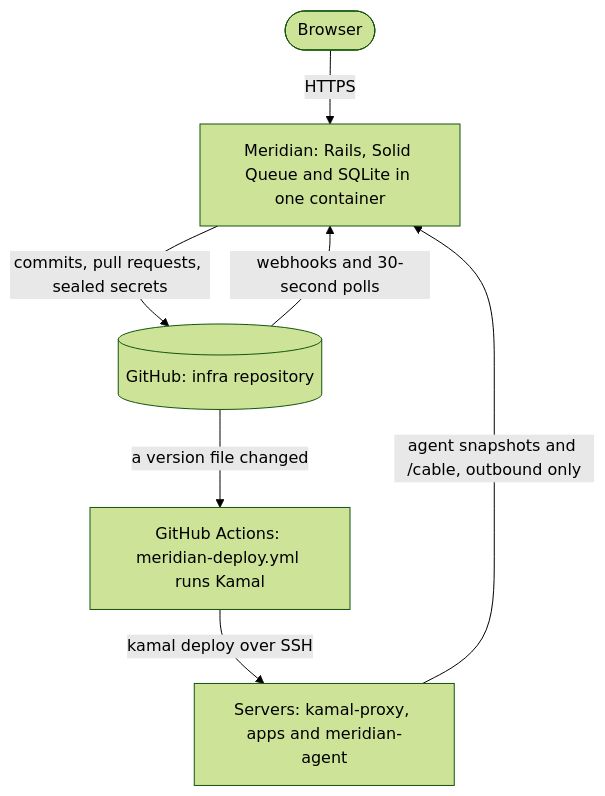
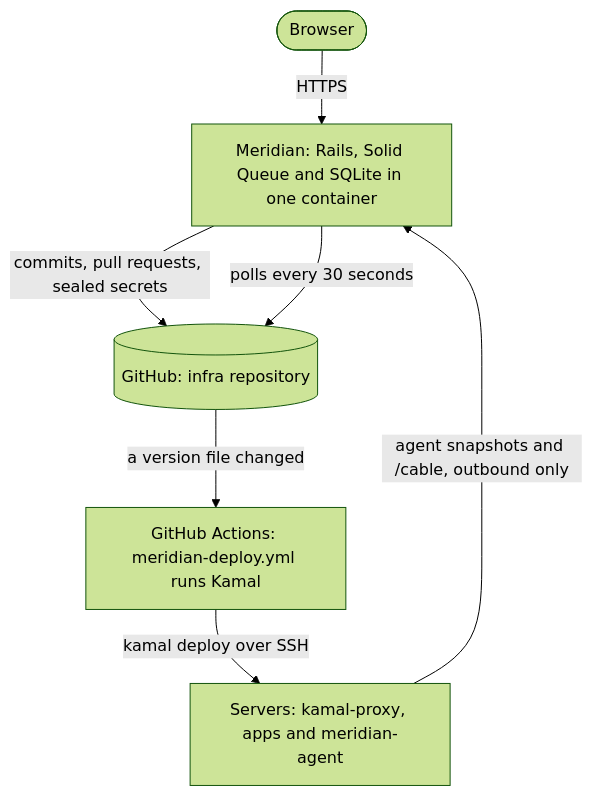
One commit to bigint/meridian changed the first of 3 diagrams in contributing/architecture.md. Above: the diagram before and after it, drawn with Mermaid (forest theme). The commit also changed other lines of this file and 40 other files, not shown here.

First line of the commit message:
feat!: drop GitHub webhooks; poll GitHub every 30 seconds

````diff
--- a/contributing/architecture.md
+++ b/contributing/architecture.md
@@ -5,15 +5,15 @@
 ```mermaid
 flowchart TB
   browser([Browser])
   meridian["Meridian: Rails, Solid Queue and SQLite in one container"]
   github[("GitHub: infra repository")]
   ci["GitHub Actions: meridian-deploy.yml runs Kamal"]
   servers["Servers: kamal-proxy, apps and meridian-agent"]
 
   browser -- HTTPS --> meridian
   meridian -- "commits, pull requests, sealed secrets" --> github
-  github -- "webhooks and 30-second polls" --> meridian
+  meridian -- "polls every 30 seconds" --> github
   github -- "a version file changed" --> ci
   ci -- "kamal deploy over SSH" --> servers
   servers -- "agent snapshots and /cable, outbound only" --> meridian
 ```
````
